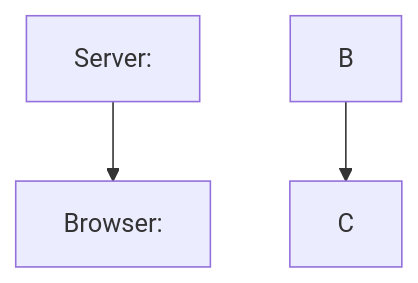
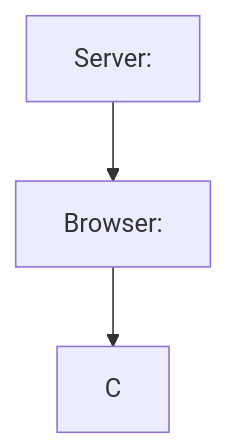
The diagram in part0/New_note_diagram.md (vheikkiniemi/FSO2024), drawn with Mermaid before and after one commit.

````diff
--- a/part0/New_note_diagram.md
+++ b/part0/New_note_diagram.md
@@ -52,5 +52,5 @@
 ```mermaid
 graph TD;
     Server: --> Browser:;
-    B --> C;
+    Browser: --> C;
 ```
````
